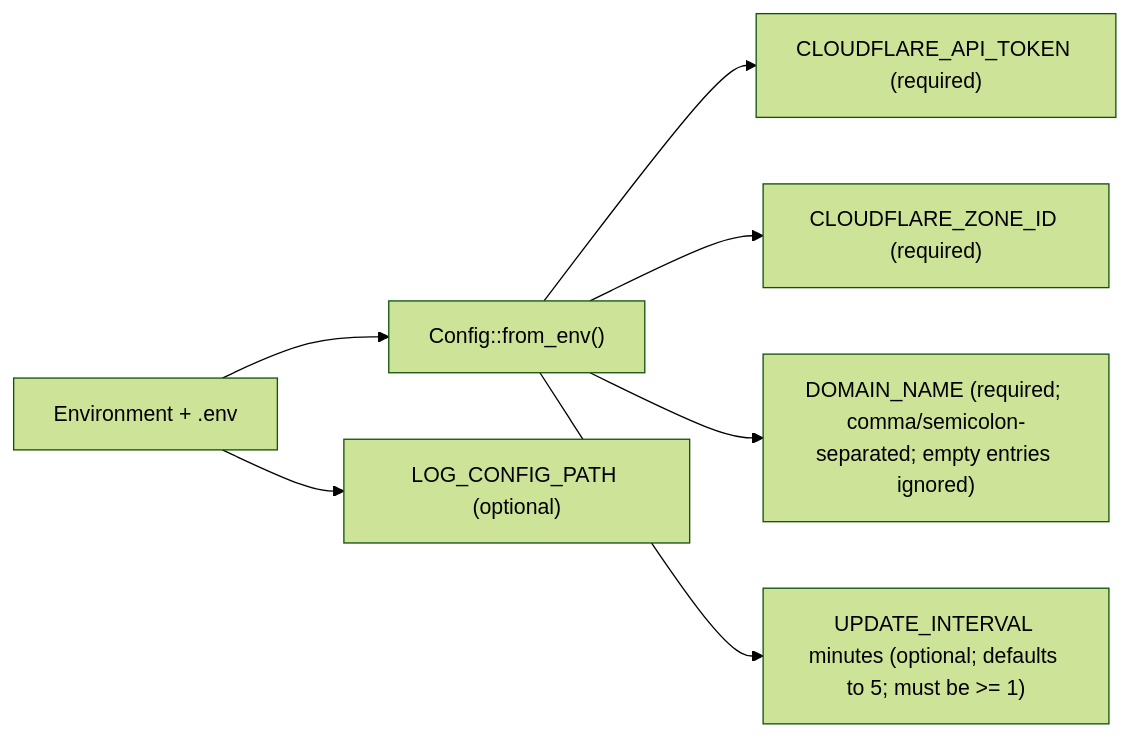
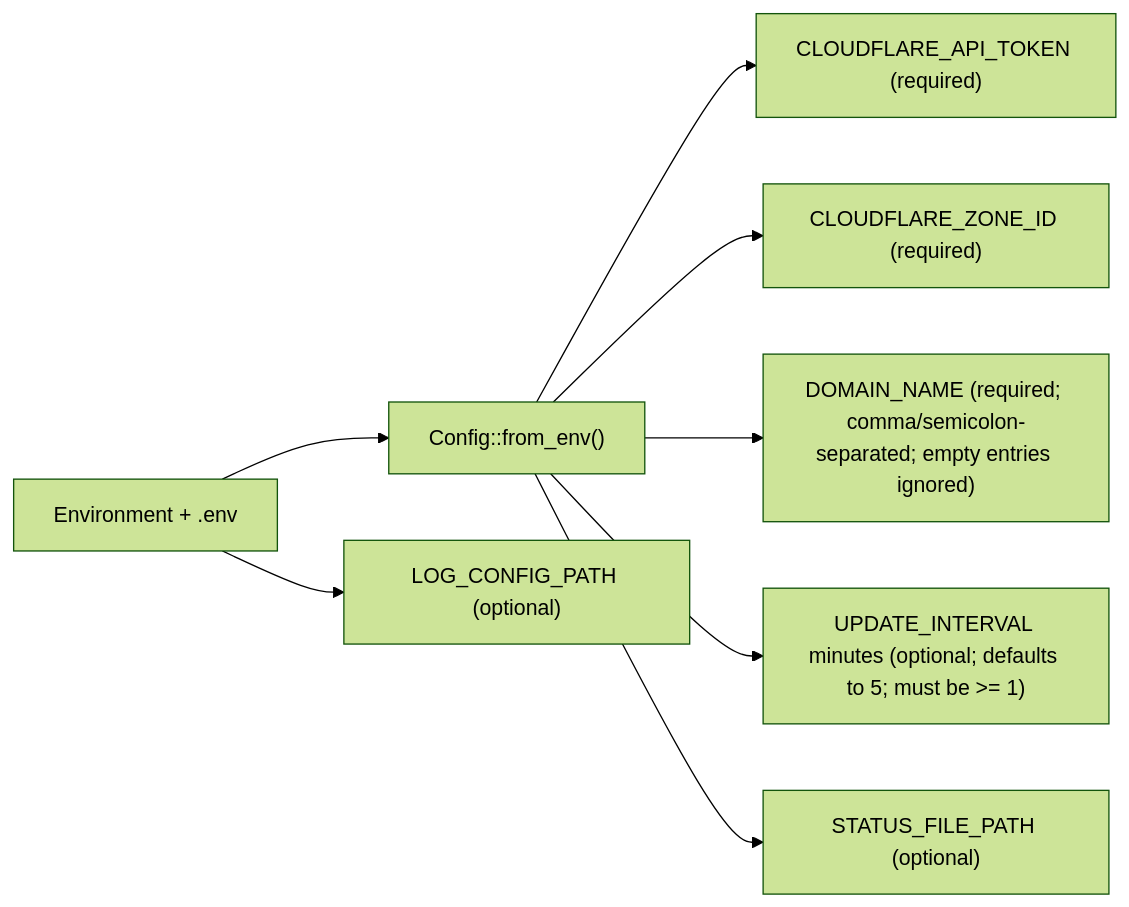
One commit to BattermanZ/FlareSync changed the second of 6 diagrams in WORKFLOW.md. Above: the diagram before and after it, drawn with Mermaid (forest theme). The commit also changed other lines of this file and 7 other files, not shown here.

````diff
--- a/WORKFLOW.md
+++ b/WORKFLOW.md
@@ -38,9 +42,10 @@
 ```mermaid
 flowchart LR
   ENV["Environment + .env"] --> CFG["Config::from_env()"]
   CFG --> TOK["CLOUDFLARE_API_TOKEN (required)"]
   CFG --> ZID["CLOUDFLARE_ZONE_ID (required)"]
   CFG --> DOM["DOMAIN_NAME (required; comma/semicolon-separated; empty entries ignored)"]
   CFG --> INT["UPDATE_INTERVAL minutes (optional; defaults to 5; must be >= 1)"]
+  CFG --> STS["STATUS_FILE_PATH (optional)"]
   ENV --> LOG["LOG_CONFIG_PATH (optional)"]
 ```
````
